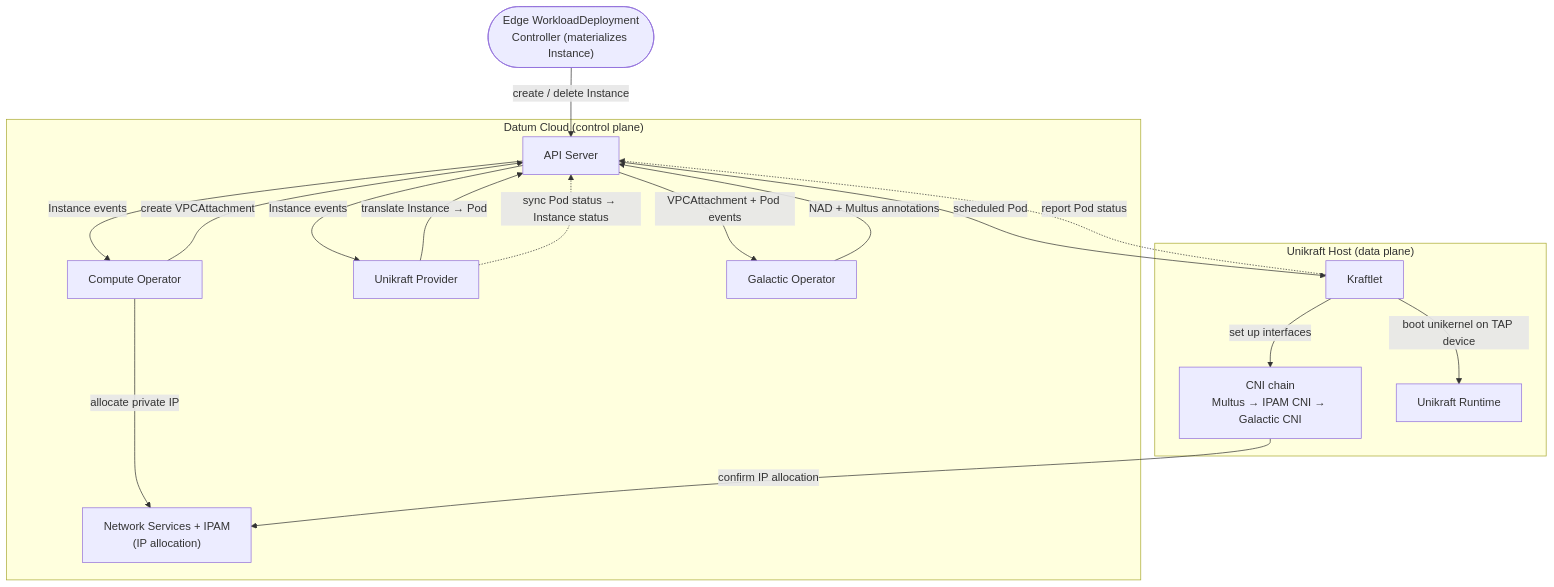
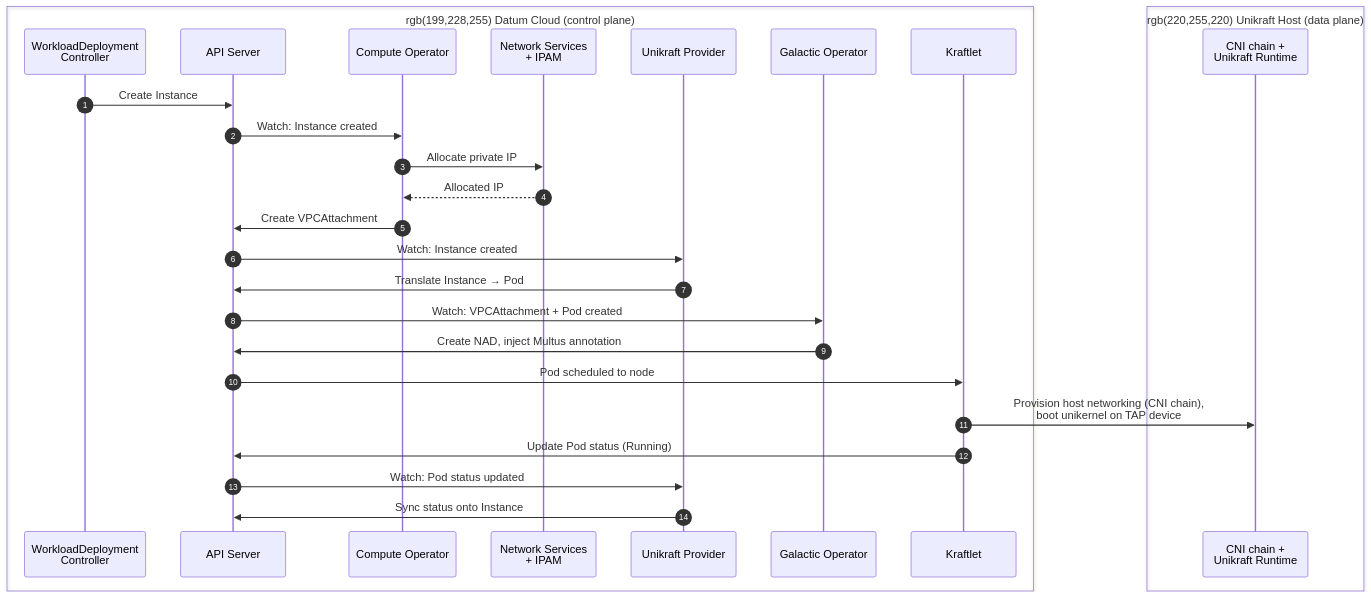
Before and after one commit to datum-cloud/unikraft-provider: the second of 4 diagrams in docs/enhancements/instance-provisioning.md, drawn with Mermaid. The commit also changed other lines of this file, not shown here.

Commit message:
docs: use sequence diagrams for architecture overview
Convert the two overview component diagrams (Workload-to-edge federation
and the per-location Instance flow) from flowcharts to sequence diagrams
for consistency with the detailed diagrams in this document.

````diff
--- a/docs/enhancements/instance-provisioning.md
+++ b/docs/enhancements/instance-provisioning.md
@@ -71,37 +67,35 @@
 ```mermaid
-flowchart TB
-    user(["Edge WorkloadDeployment<br/>Controller (materializes Instance)"])
-
-    subgraph datum["Datum Cloud (control plane)"]
-        API[API Server]
-        CO[Compute Operator]
-        UP[Unikraft Provider]
-        GO[Galactic Operator]
-        NET["Network Services + IPAM<br/>(IP allocation)"]
+%%{init: {
+  "sequence": {
+    "showSequenceNumbers": true
+  }
+}}%%
+sequenceDiagram
+    box rgb(199,228,255) Datum Cloud (control plane)
+        participant WDC as WorkloadDeployment<br/>Controller
+        participant API as API Server
+        participant CO as Compute Operator
+        participant NET as Network Services<br/>+ IPAM
+        participant UP as Unikraft Provider
+        participant GO as Galactic Operator
+        participant KL as Kraftlet
+    end
+    box rgb(220,255,220) Unikraft Host (data plane)
+        participant HOST as CNI chain +<br/>Unikraft Runtime
     end
 
-    subgraph host["Unikraft Host (data plane)"]
-        KL[Kraftlet]
-        CNI["CNI chain<br/>Multus → IPAM CNI → Galactic CNI"]
-        UK[Unikraft Runtime]
-    end
-
-    user -->|"create / delete Instance"| API
-
-    API -->|"Instance events"| CO
-    CO -->|"allocate private IP"| NET
-    CO -->|"create VPCAttachment"| API
-
-    API -->|"Instance events"| UP
-    UP -->|"translate Instance → Pod"| API
-    UP -.->|"sync Pod status → Instance status"| API
-
-    API -->|"VPCAttachment + Pod events"| GO
-    GO -->|"NAD + Multus annotations"| API
-
-    API -->|"scheduled Pod"| KL
-    KL -->|"set up interfaces"| CNI
-    CNI -->|"confirm IP allocation"| NET
-    KL -->|"boot unikernel on TAP device"| UK
-    KL -.->|"report Pod status"| API
+    WDC->>API: Create Instance
+    API->>CO: Watch: Instance created
+    CO->>NET: Allocate private IP
+    NET-->>CO: Allocated IP
+    CO->>API: Create VPCAttachment
+    API->>UP: Watch: Instance created
+    UP->>API: Translate Instance → Pod
+    API->>GO: Watch: VPCAttachment + Pod created
+    GO->>API: Create NAD, inject Multus annotation
+    API->>KL: Pod scheduled to node
+    KL->>HOST: Provision host networking (CNI chain),<br/>boot unikernel on TAP device
+    KL->>API: Update Pod status (Running)
+    API->>UP: Watch: Pod status updated
+    UP->>API: Sync status onto Instance
 ```
````
